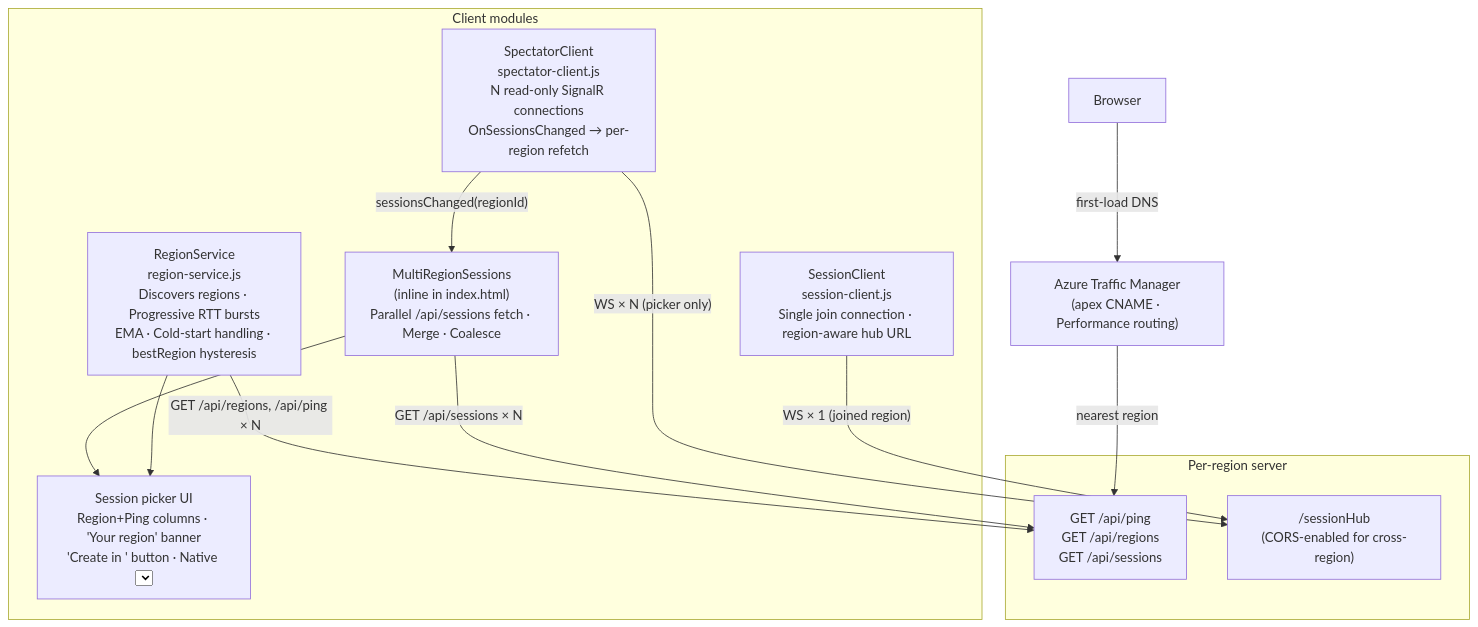
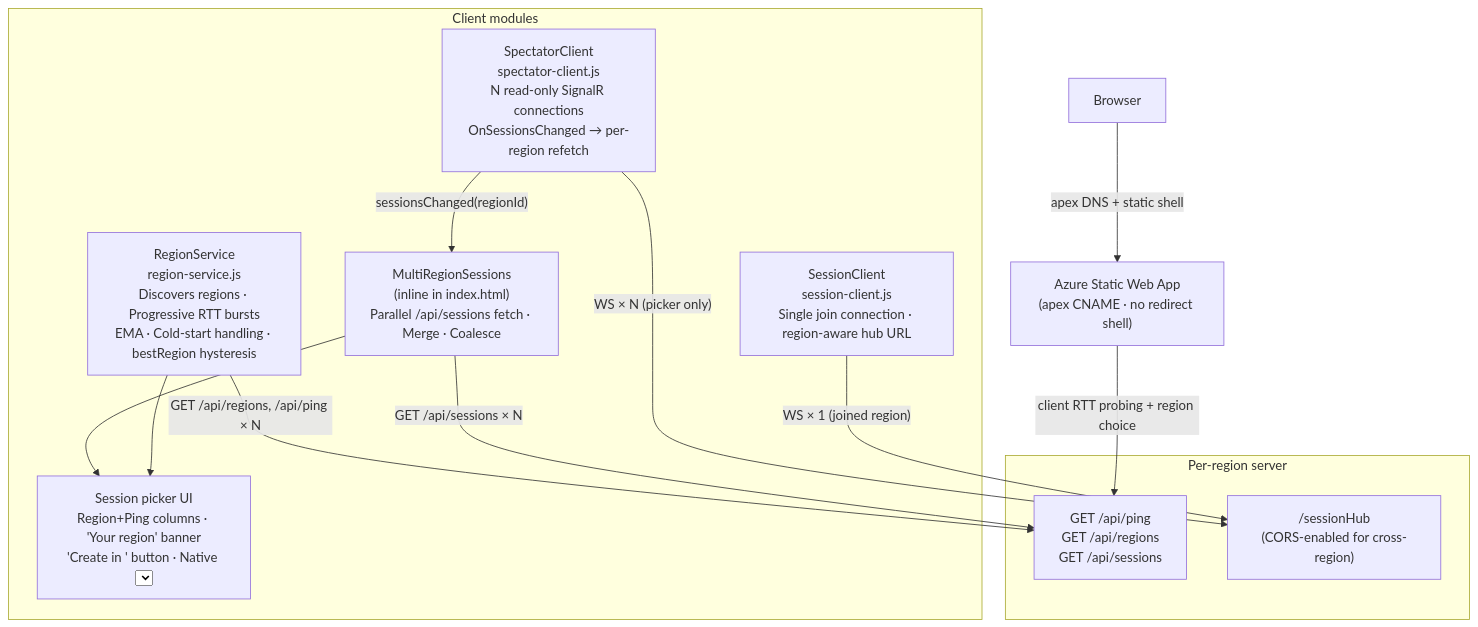
Diagram 35 of 36 in ARCHITECTURE.md (badvoidstar/astervoids), drawn with Mermaid before and after one commit. The commit also changed other lines of this file and 11 other files, not shown here.

First line of the commit message:
Implement static apex routing and automate SWA publish token

````diff
--- a/ARCHITECTURE.md
+++ b/ARCHITECTURE.md
@@ -1320,26 +1318,26 @@
 ```mermaid
 graph TB
     BR["Browser"]
     subgraph Client modules
         RS["RegionService<br/>region-service.js<br/>Discovers regions · Progressive RTT bursts<br/>EMA · Cold-start handling · bestRegion hysteresis"]
         SP["SpectatorClient<br/>spectator-client.js<br/>N read-only SignalR connections<br/>OnSessionsChanged → per-region refetch"]
         SC["SessionClient<br/>session-client.js<br/>Single join connection · region-aware hub URL"]
         MR["MultiRegionSessions<br/>(inline in index.html)<br/>Parallel /api/sessions fetch · Merge · Coalesce"]
         UI["Session picker UI<br/>Region+Ping columns · 'Your region' banner<br/>'Create in <region>' button · Native <select>"]
     end
     subgraph Per-region server
         API["GET /api/ping<br/>GET /api/regions<br/>GET /api/sessions"]
         HUB["/sessionHub<br/>(CORS-enabled for cross-region)"]
     end
-    TM["Azure Traffic Manager<br/>(apex CNAME · Performance routing)"]
+    SA["Azure Static Web App<br/>(apex CNAME · no redirect shell)"]
 
-    BR -->|"first-load DNS"| TM
-    TM -->|"nearest region"| API
+    BR -->|"apex DNS + static shell"| SA
+    SA -->|"client RTT probing + region choice"| API
     RS -->|"GET /api/regions, /api/ping × N"| API
     MR -->|"GET /api/sessions × N"| API
     SP -->|"WS × N (picker only)"| HUB
     SC -->|"WS × 1 (joined region)"| HUB
     SP -->|"sessionsChanged(regionId)"| MR
     MR --> UI
     RS --> UI
 ```
````
